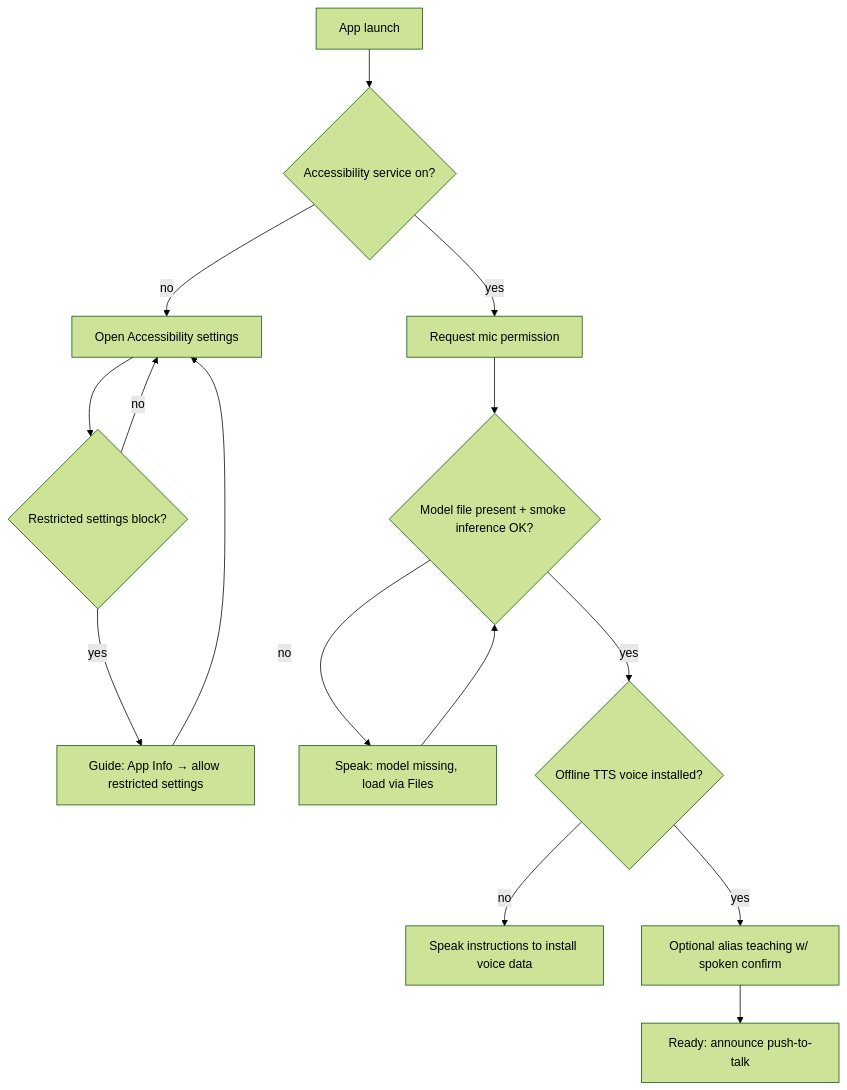
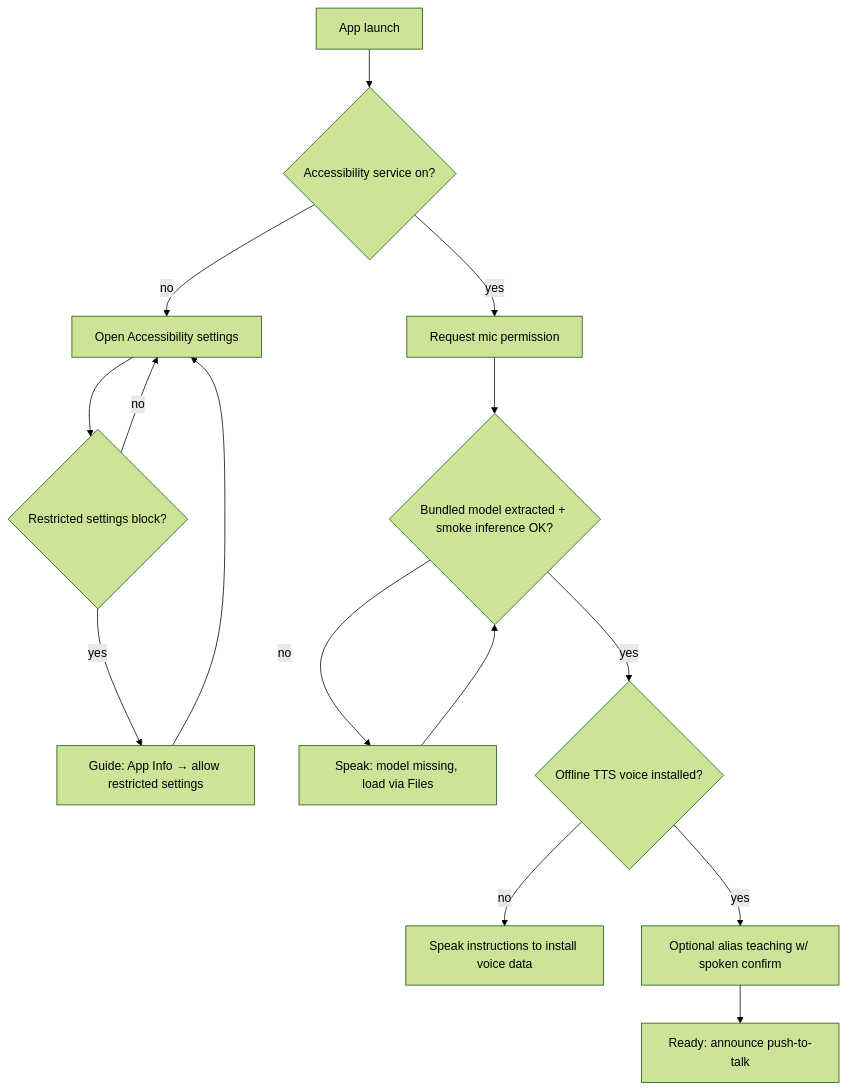
The first of 7 diagrams in spec/03-User-Flow.md (Xrnozy/Alalay), drawn with Mermaid (forest theme) before and after one commit. The commit also changed other lines of this file and 5443 other files, not shown here.

````diff
--- a/spec/03-User-Flow.md
+++ b/spec/03-User-Flow.md
@@ -25,16 +25,16 @@
 ```mermaid
 flowchart TD
     A[App launch] --> B{Accessibility service on?}
     B -- no --> C[Open Accessibility settings]
     C --> D{Restricted settings block?}
     D -- yes --> E[Guide: App Info → allow restricted settings]
     E --> C
     D -- no --> C
     B -- yes --> F[Request mic permission]
-    F --> G{Model file present + smoke inference OK?}
+    F --> G{Bundled model extracted + smoke inference OK?}
     G -- no --> H[Speak: model missing, load via Files] --> G
     G -- yes --> I{Offline TTS voice installed?}
     I -- no --> J[Speak instructions to install voice data]
     I -- yes --> K[Optional alias teaching w/ spoken confirm]
     K --> L[Ready: announce push-to-talk]
 ```
````
